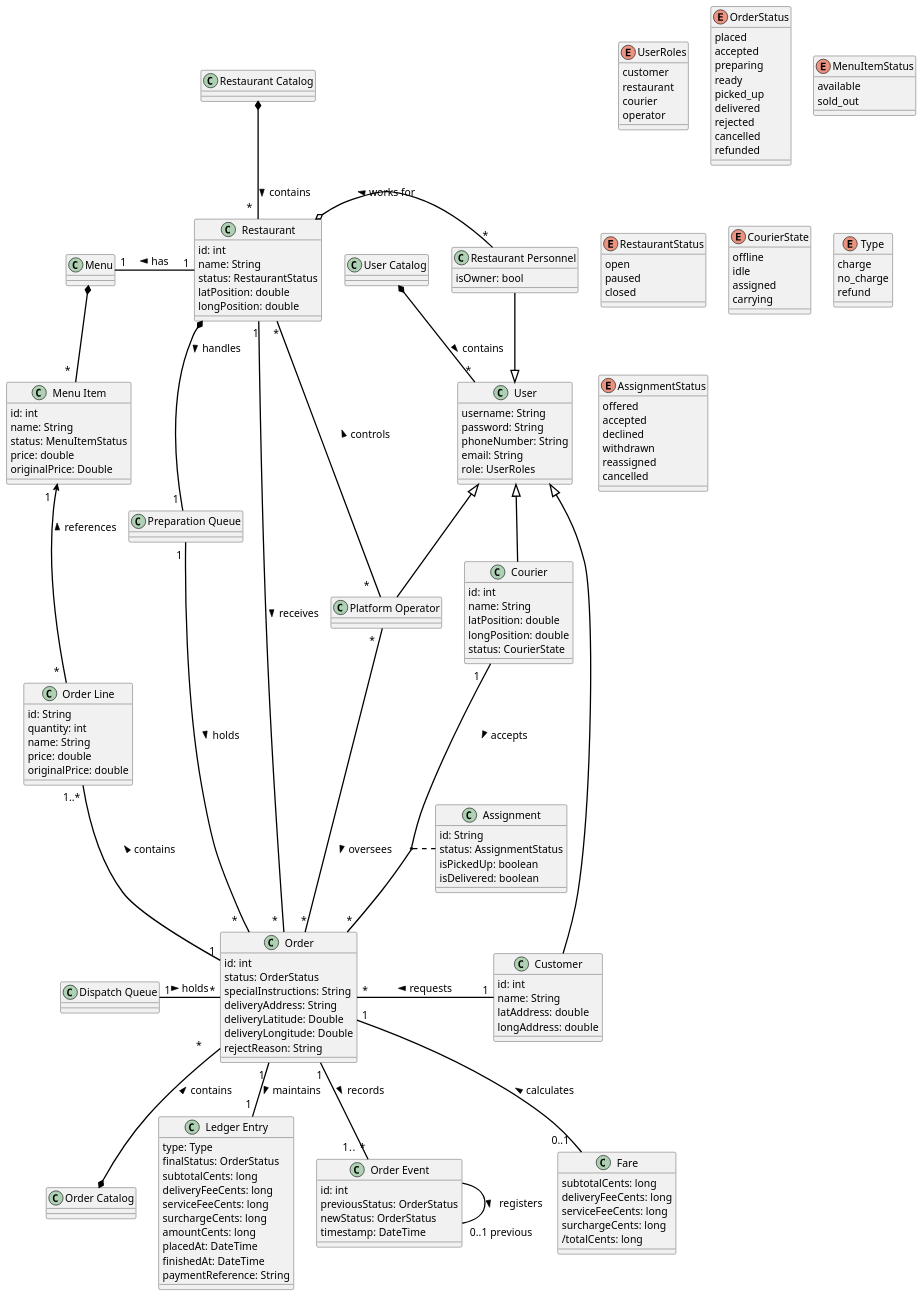
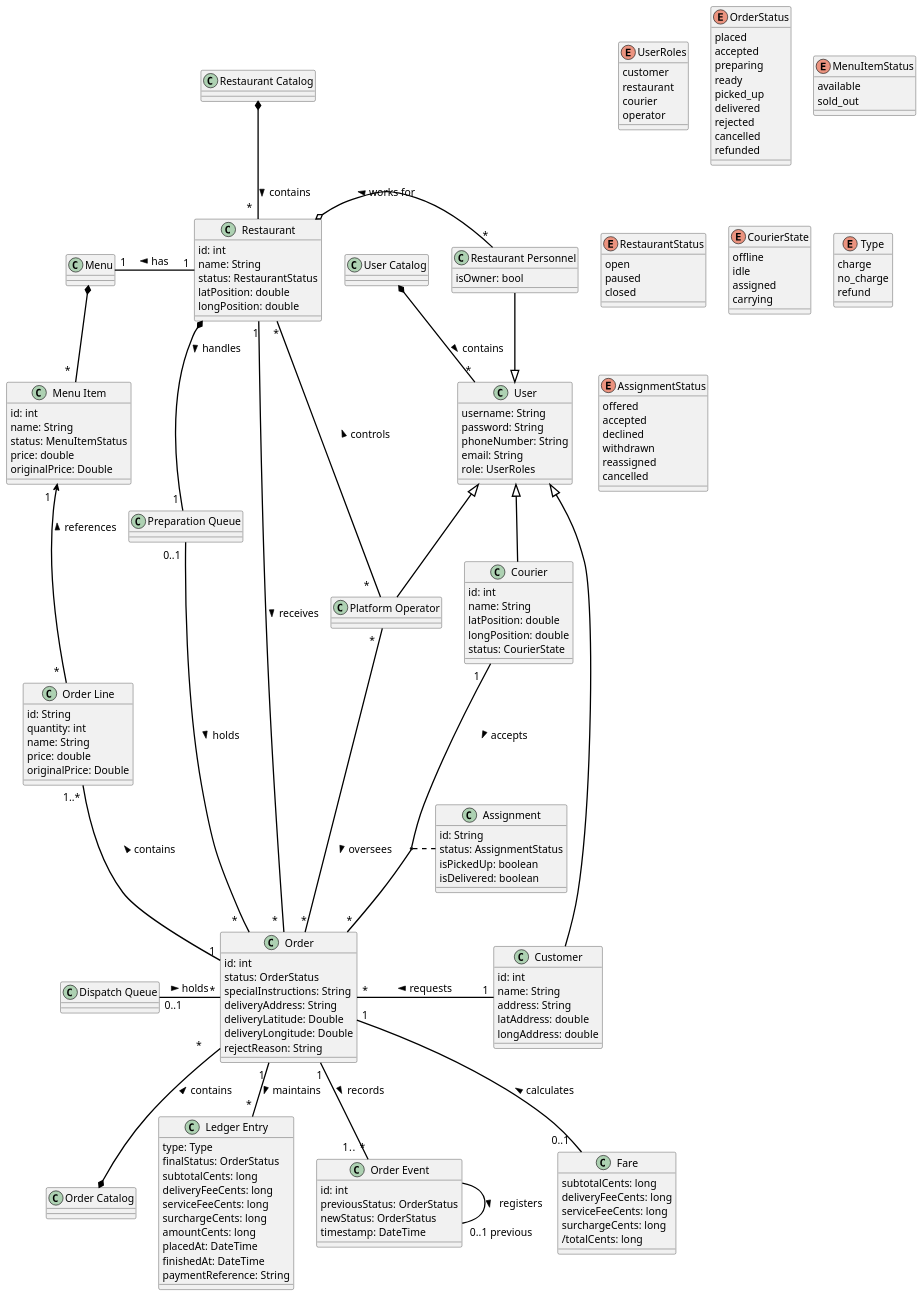
Before and after one commit to MonishKD/HelloWorldprint_HI: the diagram in diagrams/domainModel.puml, drawn with PlantUML.

Commit message:
Minor typo corrections

```diff
--- a/diagrams/domainModel.puml
+++ b/diagrams/domainModel.puml
@@ -30,6 +30,7 @@
 class "Customer" as Customer {
     id: int
     name: String
+    address: String
     latAddress: double
     longAddress: double
 }
@@ -74,7 +75,7 @@
     quantity: int
     name: String
     price: double
-    originalPrice: double
+    originalPrice: Double
 }
 
 class "Menu" as Menu {
@@ -151,13 +152,13 @@
 ' (MenuItem, Order) .. OrderLine
 
 'Restaurant -> PQ -> Order ========================='
-PQ "1 "-down- "~*   " Order: "holds >"
+PQ "0..1 "-down- "~*   " Order: "holds >"
 Restaurant *-down- "1 " PQ: "handles >"
 
 
 'Customer, DQ -> Order ===================='
 Customer "1" -left- "~*" Order: "requests >" 
-DQ "1 " -right- "~*" Order: "holds >"
+DQ "0..1 " -right- "~*" Order: "holds >"
 
 
 'Courier -> Offer -> Order ====================''
@@ -166,7 +167,7 @@
 
 
 'Order-> History, State Transition ====================''
-OrderHistory "1 " -up- "1 " Order: "maintains <"
+OrderHistory "~* " -up- "1 " Order: "maintains <"
 Order "1" -down- "1..  ~*" OST: "records >"
 
 'Restaurant-Order =================='
```
